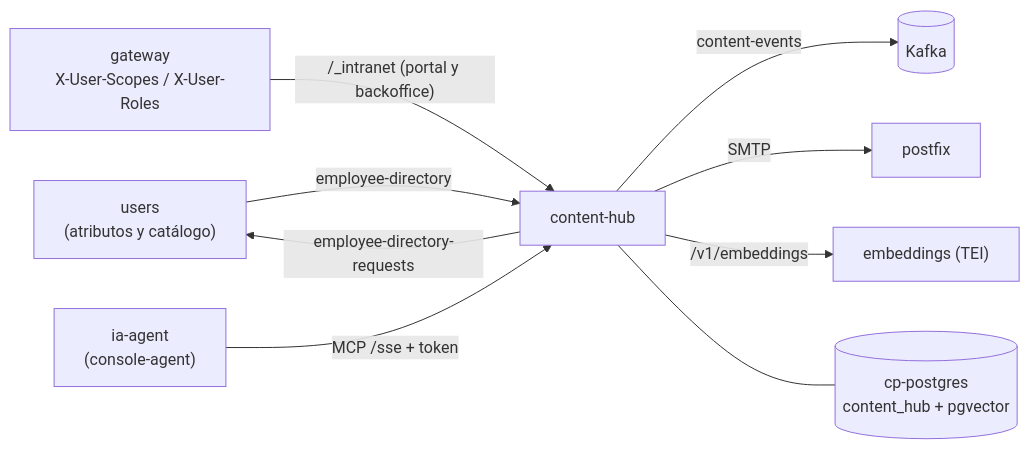
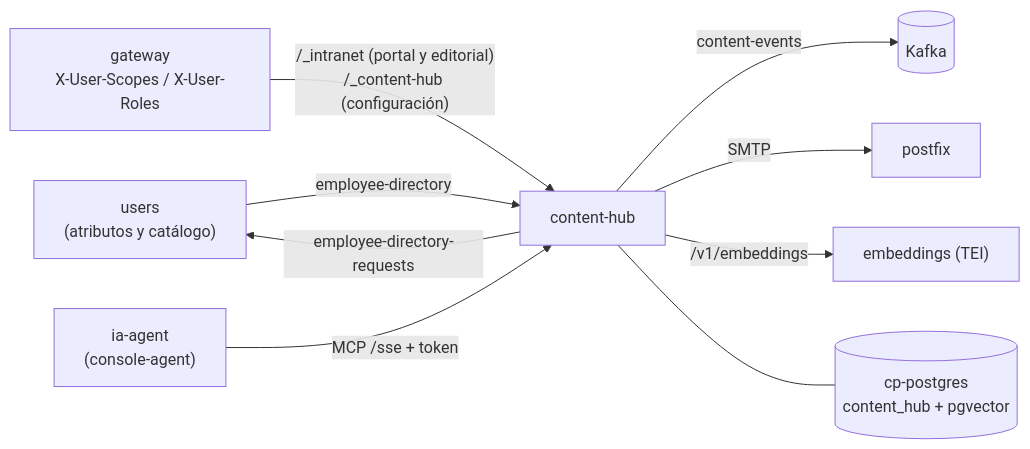
Before and after one commit to miguelperezcolom/ec-demo1: the first of 3 diagrams in doc/src/content/docs/intranet/arquitectura.md, drawn with Mermaid. The commit also changed other lines of this file and 27 other files, not shown here.

First line of the commit message:
content-hub: the intranet's configuration back on the control plane; slots split; users CRUD reachable again

````diff
--- a/doc/src/content/docs/intranet/arquitectura.md
+++ b/doc/src/content/docs/intranet/arquitectura.md
@@ -39,11 +43,11 @@
 ```mermaid
 flowchart LR
   U["users<br/>(atributos y catálogo)"] -- employee-directory --> CH
   CH -- employee-directory-requests --> U
-  GW["gateway<br/>X-User-Scopes / X-User-Roles"] -- "/_intranet (portal y backoffice)" --> CH["content-hub"]
+  GW["gateway<br/>X-User-Scopes / X-User-Roles"] -- "/_intranet (portal y editorial)<br/>/_content-hub (configuración)" --> CH["content-hub"]
   AG["ia-agent<br/>(console-agent)"] -- "MCP /sse + token" --> CH
   CH -- content-events --> K[("Kafka")]
   CH -- SMTP --> PF["postfix"]
   CH -- "/v1/embeddings" --> EMB["embeddings (TEI)"]
   CH --- DB[("cp-postgres<br/>content_hub + pgvector")]
 ```
````
